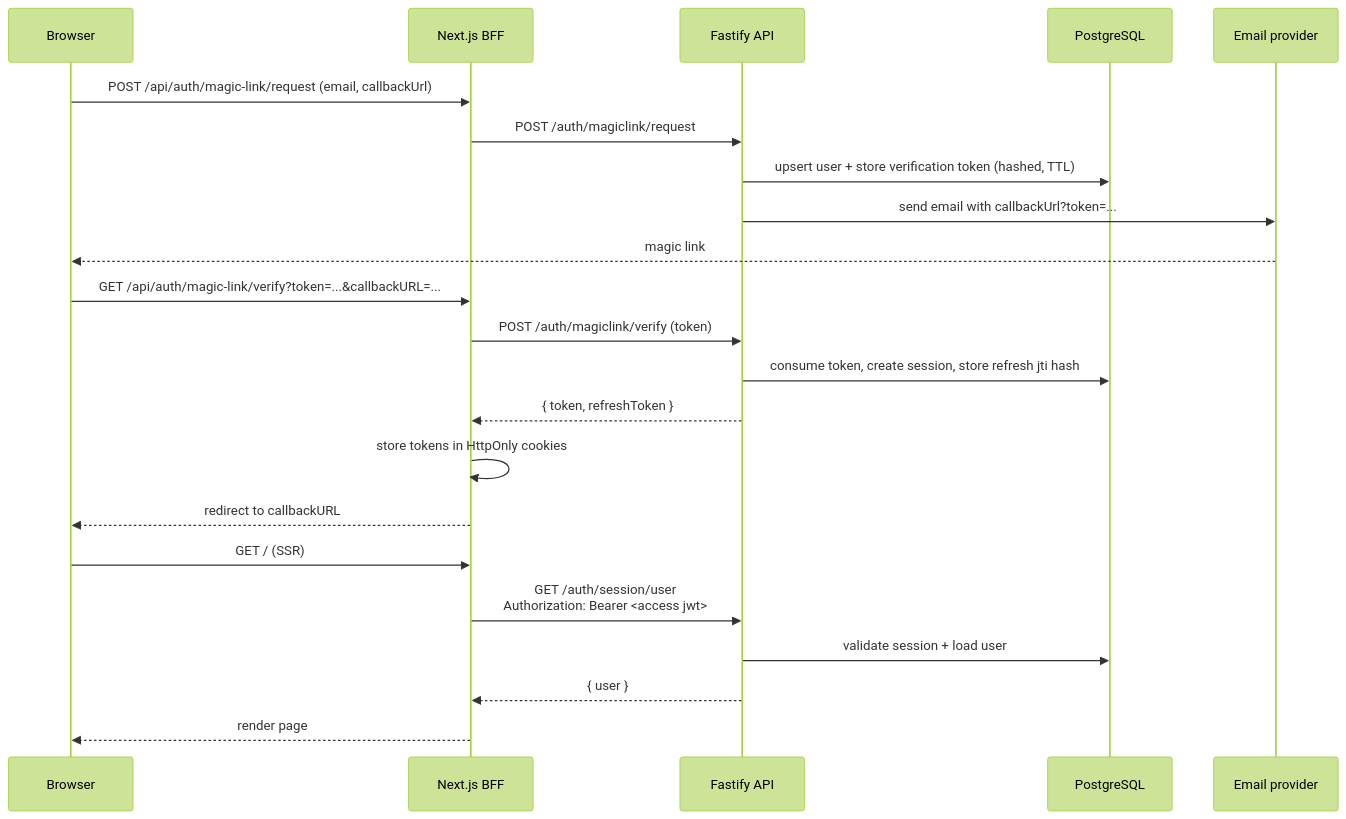
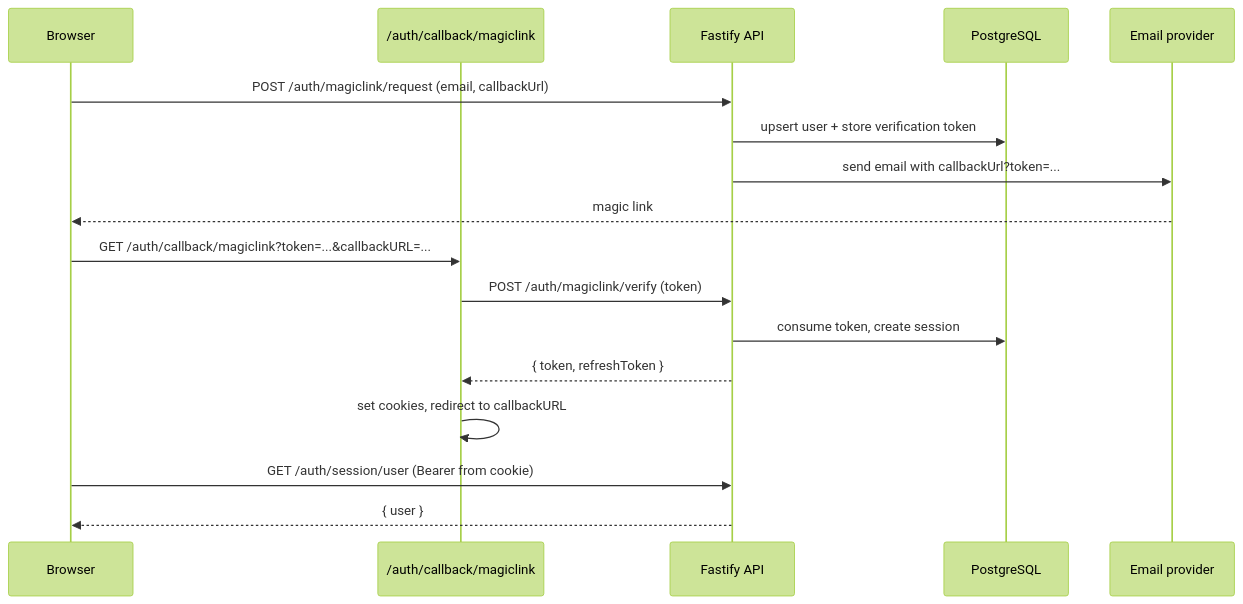
Before and after one commit to blockmatic/basilic: the fourth of 4 diagrams in apps/docu/content/docs/architecture/authentication.mdx, drawn with Mermaid (forest theme). The commit also changed other lines of this file and 2 other files, not shown here.

First line of the commit message:
feat(next): E2E auth callback URLs, update auth docs

````diff
--- a/apps/docu/content/docs/architecture/authentication.mdx
+++ b/apps/docu/content/docs/architecture/authentication.mdx
@@ -254,27 +249,22 @@
 ```mermaid
 sequenceDiagram
   participant Browser
-  participant NextBFF as Next.js BFF
+  participant CallbackPage as /auth/callback/magiclink
   participant FastifyAPI as Fastify API
   participant DB as PostgreSQL
   participant Email as Email provider
 
-  Browser->>NextBFF: POST /api/auth/magic-link/request (email, callbackUrl)
-  NextBFF->>FastifyAPI: POST /auth/magiclink/request
-  FastifyAPI->>DB: upsert user + store verification token (hashed, TTL)
+  Browser->>FastifyAPI: POST /auth/magiclink/request (email, callbackUrl)
+  FastifyAPI->>DB: upsert user + store verification token
   FastifyAPI->>Email: send email with callbackUrl?token=...
   Email-->>Browser: magic link
 
-  Browser->>NextBFF: GET /api/auth/magic-link/verify?token=...&callbackURL=...
-  NextBFF->>FastifyAPI: POST /auth/magiclink/verify (token)
-  FastifyAPI->>DB: consume token, create session, store refresh jti hash
-  FastifyAPI-->>NextBFF: { token, refreshToken }
-  NextBFF->>NextBFF: store tokens in HttpOnly cookies
-  NextBFF-->>Browser: redirect to callbackURL
+  Browser->>CallbackPage: GET /auth/callback/magiclink?token=...&callbackURL=...
+  CallbackPage->>FastifyAPI: POST /auth/magiclink/verify (token)
+  FastifyAPI->>DB: consume token, create session
+  FastifyAPI-->>CallbackPage: { token, refreshToken }
+  CallbackPage->>CallbackPage: set cookies, redirect to callbackURL
 
-  Browser->>NextBFF: GET / (SSR)
-  NextBFF->>FastifyAPI: GET /auth/session/user<br/>Authorization: Bearer <access jwt>
-  FastifyAPI->>DB: validate session + load user
-  FastifyAPI-->>NextBFF: { user }
-  NextBFF-->>Browser: render page
+  Browser->>FastifyAPI: GET /auth/session/user (Bearer from cookie)
+  FastifyAPI-->>Browser: { user }
 ```
````
